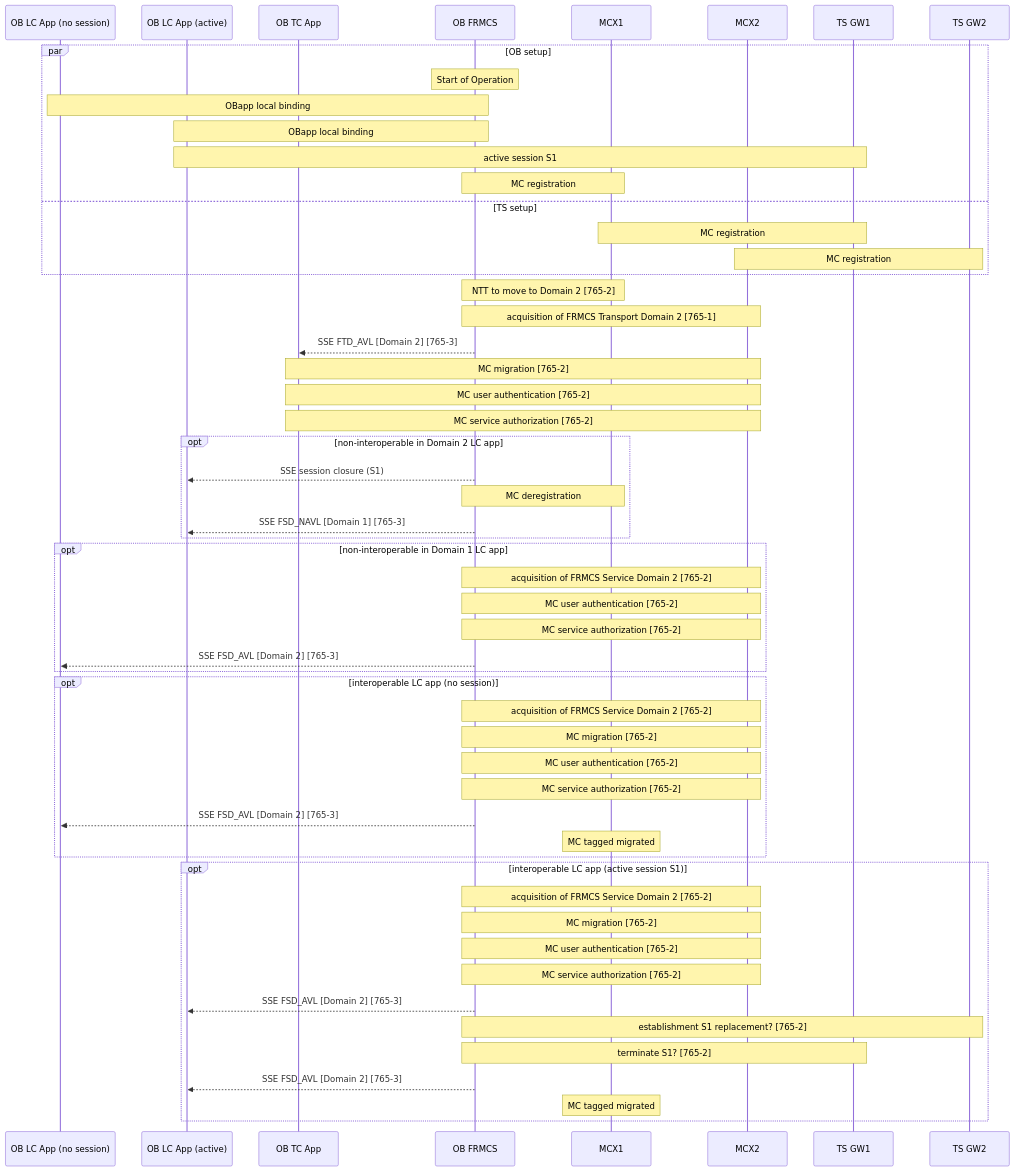
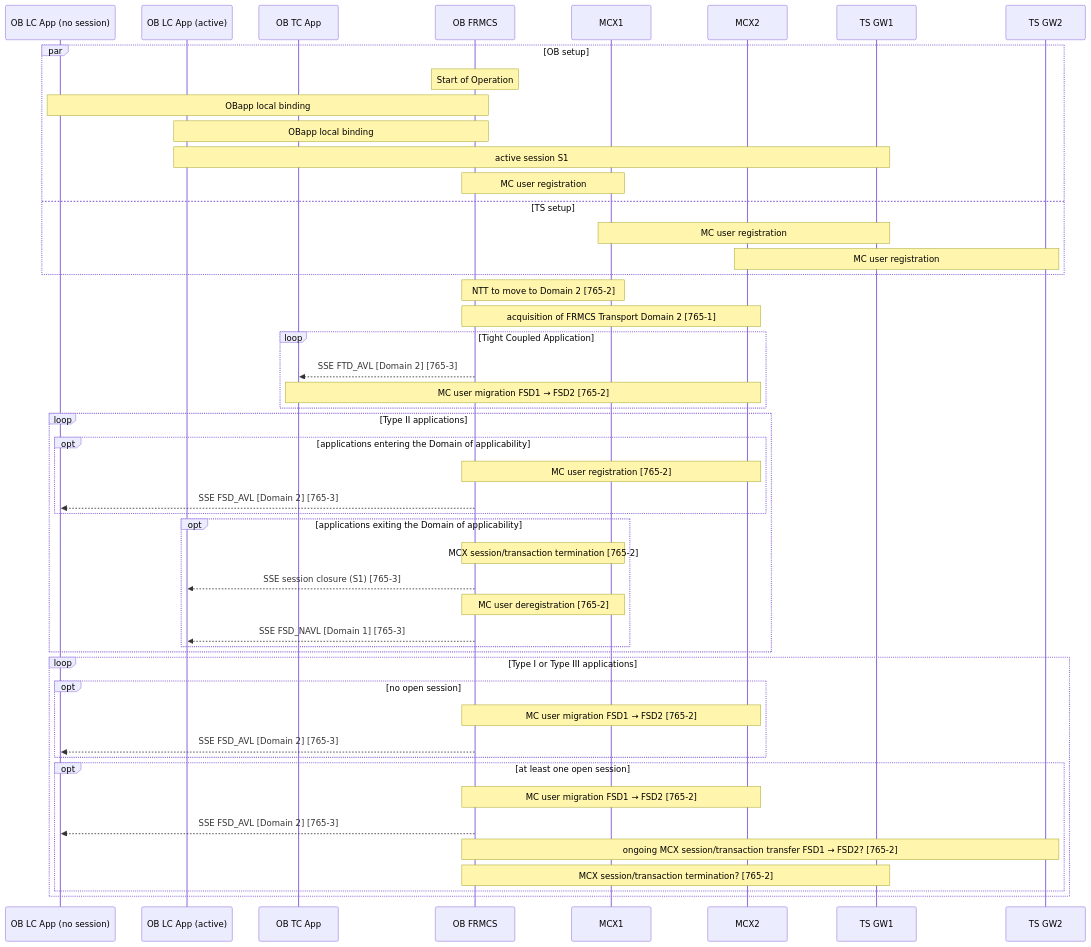
Before and after one commit to UICrail/FRMCSSandbox: the third of 3 diagrams in E2EProcedures/README.md, drawn with Mermaid.

Commit message:
README.md - simplified IFDT

````diff
--- a/E2EProcedures/README.md
+++ b/E2EProcedures/README.md
@@ -96,69 +96,65 @@
 ```mermaid
 
 sequenceDiagram
 participant AL1 as OB LC App (no session)
 participant AL2 as OB LC App (active)
 participant AT as OB TC App
 participant O as OB FRMCS
 participant M1 as MCX1
 participant M2 as MCX2
 participant T1 as TS GW1
 participant T2 as TS GW2
 %participant B1 as RBC1
 %participant B2 as RBC2
 
 par OB setup
 	Note over O: Start of Operation 
 	Note over AL1,O: OBapp local binding
-  Note over AL2,O: OBapp local binding
-  Note over AL2,T1: active session S1
-	Note over O,M1:	MC registration
+  	Note over AL2,O: OBapp local binding
+  	Note over AL2,T1: active session S1
+  	Note over O,M1:	MC user registration
 and TS setup
 	%Note over B1,T1: TSapp local binding
 	%Note over B2,T2: TSapp local binding
-	Note over T1,M1: MC registration
-	Note over T2,M2: MC registration
+	Note over T1,M1: MC user registration
+	Note over T2,M2: MC user registration
 end
 
 % BXL
 Note over O,M1: NTT to move to Domain 2  [765-2]
+Note over O,M2: acquisition of FRMCS Transport Domain 2  [765-1]
 
 % BXL - TC
-Note over O,M2: acquisition of FRMCS Transport Domain 2  [765-1]
-O-->>AT: SSE FTD_AVL [Domain 2]  [765-3]
-Note over AT,M2:  MC migration  [765-2]
-Note over AT,M2:  MC user authentication [765-2]
-Note over AT,M2:  MC service authorization [765-2]
+loop Tight Coupled Application
+  O-->>AT: SSE FTD_AVL [Domain 2]  [765-3]
+  Note over AT,M2:  MC user migration FSD1 → FSD2 [765-2]
+end
 
-opt non-interoperable in Domain 2 LC app
-  O-->>AL2:  SSE session closure (S1)
-  Note over O,M1: MC deregistration
-  O-->>AL2:  SSE FSD_NAVL [Domain 1]  [765-3]
+% BXL - LC
+loop Type II applications
+  opt applications entering the Domain of applicability
+    Note over O,M2: MC user registration  [765-2]
+    O-->>AL1: SSE FSD_AVL [Domain 2]  [765-3]  
+  end
+  opt applications exiting the Domain of applicability
+    Note over O,M1: MCX session/transaction termination [765-2]
+    O-->>AL2:  SSE session closure (S1) [765-3]
+    Note over O,M1: MC user deregistration [765-2]
+    O-->>AL2:  SSE FSD_NAVL [Domain 1]  [765-3]
+  end
 end
-opt non-interoperable in Domain 1 LC app
-  Note over O,M2: acquisition of FRMCS Service Domain 2  [765-2]
-  Note over O,M2:  MC user authentication [765-2]
-  Note over O,M2:  MC service authorization [765-2]
-  O-->>AL1:  SSE FSD_AVL [Domain 2]  [765-3]
-end
-opt interoperable LC app (no session)
-  Note over O,M2: acquisition of FRMCS Service Domain 2  [765-2]
-  Note over O,M2:  MC migration  [765-2]
-  Note over O,M2:  MC user authentication [765-2]
-  Note over O,M2:  MC service authorization [765-2]
-  O-->>AL1: SSE FSD_AVL [Domain 2]  [765-3]
-  Note over M1: MC tagged migrated
-end
-opt interoperable LC app (active session S1)
-  Note over O,M2: acquisition of FRMCS Service Domain 2  [765-2]
-  Note over O,M2:  MC migration  [765-2]
-  Note over O,M2:  MC user authentication [765-2]
-  Note over O,M2:  MC service authorization [765-2]
-  O-->>AL2: SSE FSD_AVL [Domain 2]  [765-3]
-  Note over O,T2: establishment S1 replacement?  [765-2]
-  Note over O,T1: terminate S1?  [765-2]
-  O-->>AL2: SSE FSD_AVL [Domain 2]  [765-3]
-  Note over M1: MC tagged migrated
+
+loop Type I or Type III applications
+  opt no open session
+    Note over O,M2: MC user migration FSD1 → FSD2 [765-2]
+    O-->>AL1: SSE FSD_AVL [Domain 2]  [765-3]
+  end
+  opt at least one open session
+    Note over O,M2: MC user migration FSD1 → FSD2 [765-2]
+    O-->>AL1: SSE FSD_AVL [Domain 2]  [765-3]
+    Note over O,T2:  ongoing MCX session/transaction transfer FSD1 → FSD2? [765-2]
+    Note over O,T1: MCX session/transaction termination? [765-2]  
+  end
 end
 
 ```
````
